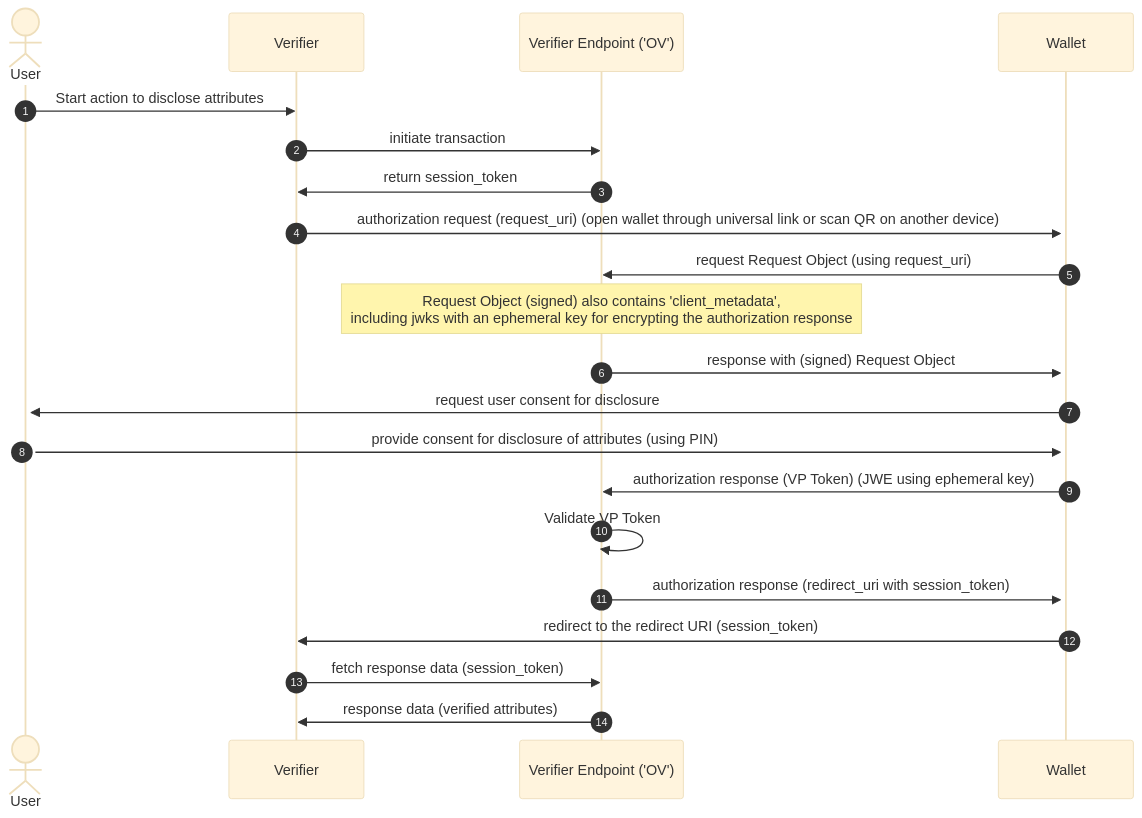
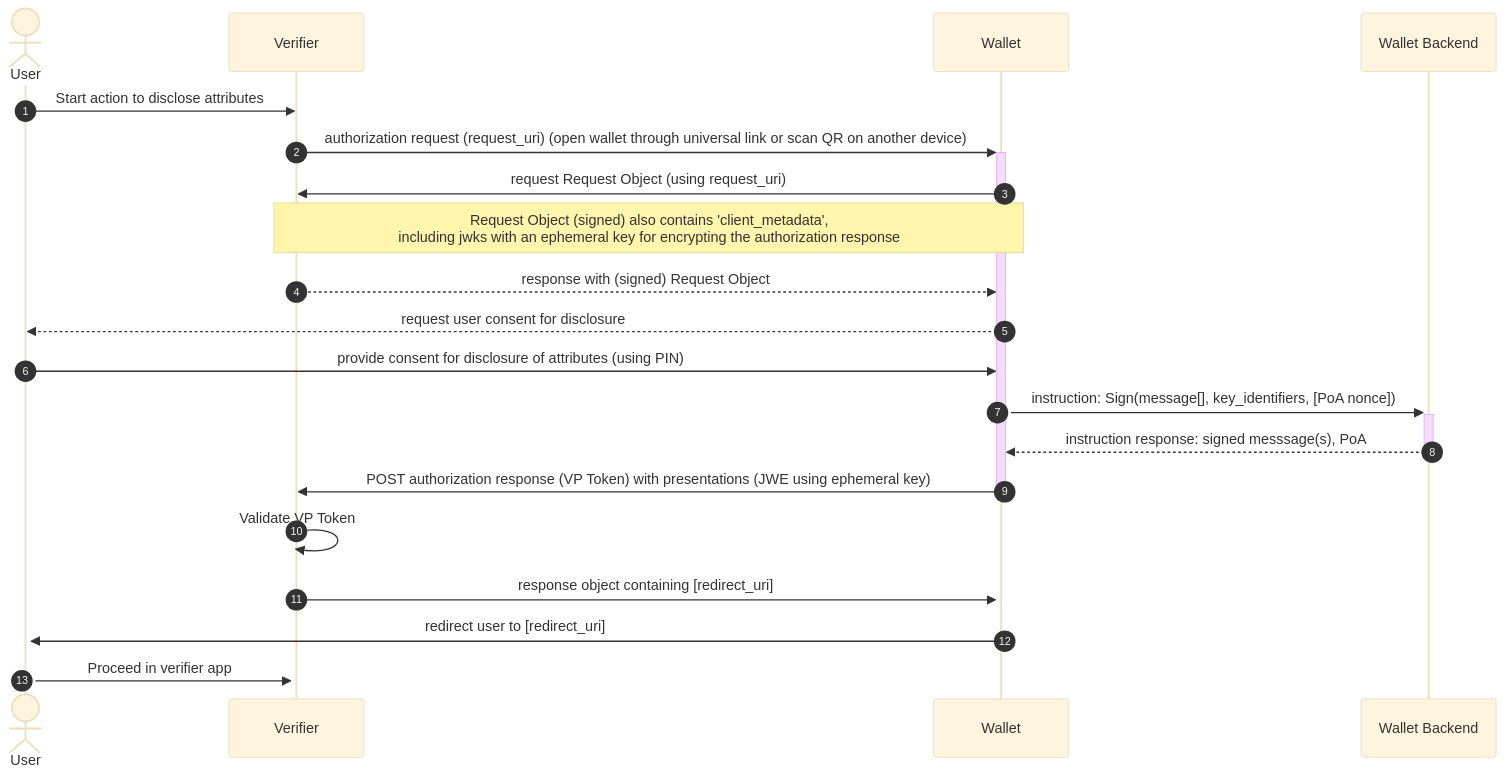
The first of 3 diagrams in wallet_docs/architecture/use-cases/disclosure-with-openid4vp.md (MinBZK/nl-wallet), drawn with Mermaid (base theme) before and after one commit. The commit also changed other lines of this file, not shown here.

Commit message:
updated disclosure documentation

````diff
--- a/wallet_docs/architecture/use-cases/disclosure-with-openid4vp.md
+++ b/wallet_docs/architecture/use-cases/disclosure-with-openid4vp.md
@@ -14,25 +17,28 @@
 ```{mermaid}
 sequenceDiagram
     autonumber
 
     actor User
     participant RP as Verifier
-    participant WalletServer as Verifier Endpoint ('OV')
     participant Wallet
+    participant WB as Wallet Backend 
+     
     User->>RP: Start action to disclose attributes
-    RP->>WalletServer: initiate transaction
-    WalletServer ->>RP: return session_token    
     RP ->>+ Wallet: authorization request (request_uri) (open wallet through universal link or scan QR on another device)
-    Wallet ->> WalletServer: request Request Object (using request_uri)
-    note over WalletServer: Request Object (signed) also contains 'client_metadata',<Br/> including jwks with an ephemeral key for encrypting the authorization response
-    WalletServer ->> Wallet: response with (signed) Request Object
-    Wallet ->>+ User: request user consent for disclosure
+    Wallet ->> RP: request Request Object (using request_uri)
+    note over RP, Wallet: Request Object (signed) also contains 'client_metadata',<Br/> including jwks with an ephemeral key for encrypting the authorization response
+    RP -->> Wallet: response with (signed) Request Object
+    Wallet -->> User: request user consent for disclosure
     User ->> Wallet: provide consent for disclosure of attributes (using PIN)
-    Wallet->> WalletServer: authorization response (VP Token) (JWE using ephemeral key)
-    WalletServer ->>WalletServer: Validate VP Token
-    WalletServer ->> Wallet: authorization response (redirect_uri with session_token)
-    Wallet ->> RP: redirect to the redirect URI (session_token)
-    RP ->> WalletServer: fetch response data (session_token)
-    WalletServer ->> RP: response data (verified attributes)
+  
 
+    Wallet ->>+ WB: instruction: Sign(message[], key_identifiers, [PoA nonce])
+  
+    WB -->>- Wallet: instruction response: signed messsage(s), PoA  
+  
+    Wallet->>- RP: POST authorization response (VP Token) with presentations (JWE using ephemeral key)
+    RP ->> RP: Validate VP Token
+    RP ->>+ Wallet: response object containing [redirect_uri]
+    Wallet ->>+ User: redirect user to [redirect_uri]
+    User ->>+ RP: Proceed in verifier app
 ```
````
